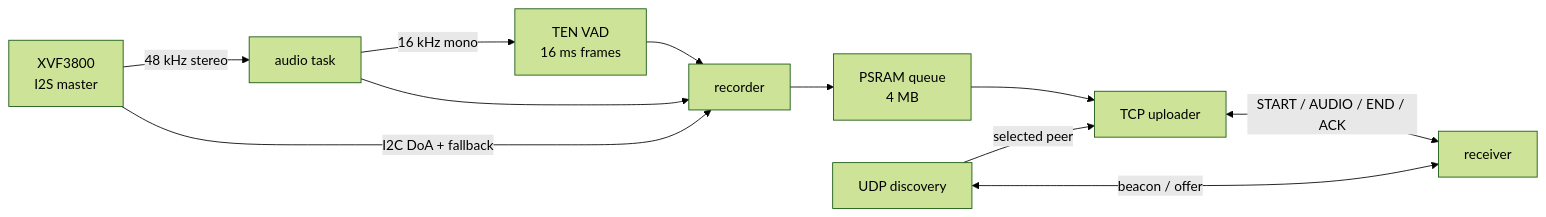
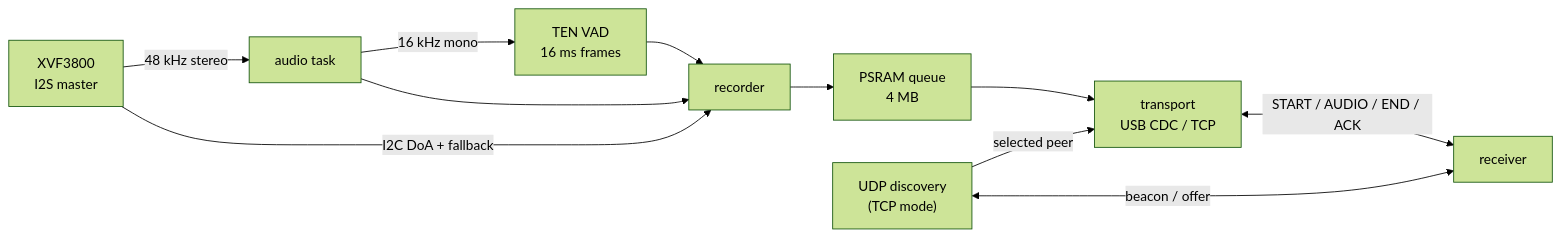
Before and after one commit to RakiDelmoro/conversation-recorder: the diagram in README.md, drawn with Mermaid (forest theme). The commit also changed other lines of this file and 7 other files, not shown here.

First line of the commit message:
feat: stream records over USB CDC and add serial receiver

````diff
--- a/README.md
+++ b/README.md
@@ -14,13 +22,13 @@
 ```mermaid
 flowchart LR
   X["XVF3800<br/>I2S master"] -->|"48 kHz stereo"| A["audio task"]
   A -->|"16 kHz mono"| V["TEN VAD<br/>16 ms frames"]
   V --> R["recorder"]
   A --> R
   R --> Q["PSRAM queue<br/>4 MB"]
-  Q --> U["TCP uploader"]
+  Q --> U["transport<br/>USB CDC / TCP"]
   U <-->|"START / AUDIO / END / ACK"| H["receiver"]
-  D["UDP discovery"] <-->|"beacon / offer"| H
+  D["UDP discovery<br/>(TCP mode)"] <-->|"beacon / offer"| H
   D -->|"selected peer"| U
   X -->|"I2C DoA + fallback"| R
 ```
````
